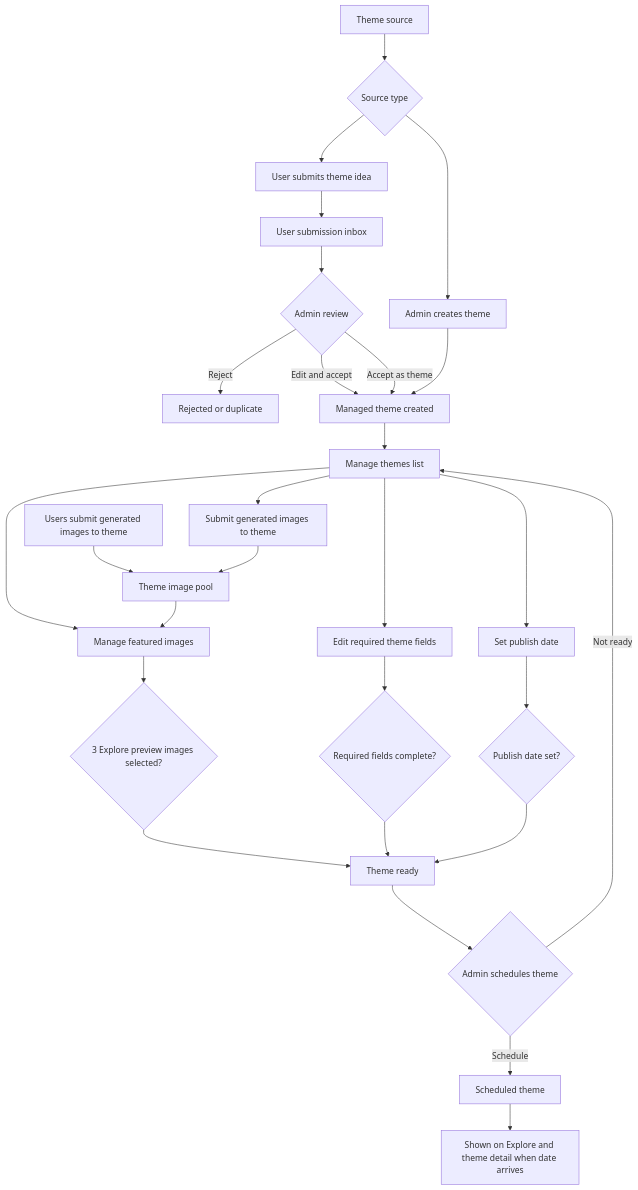
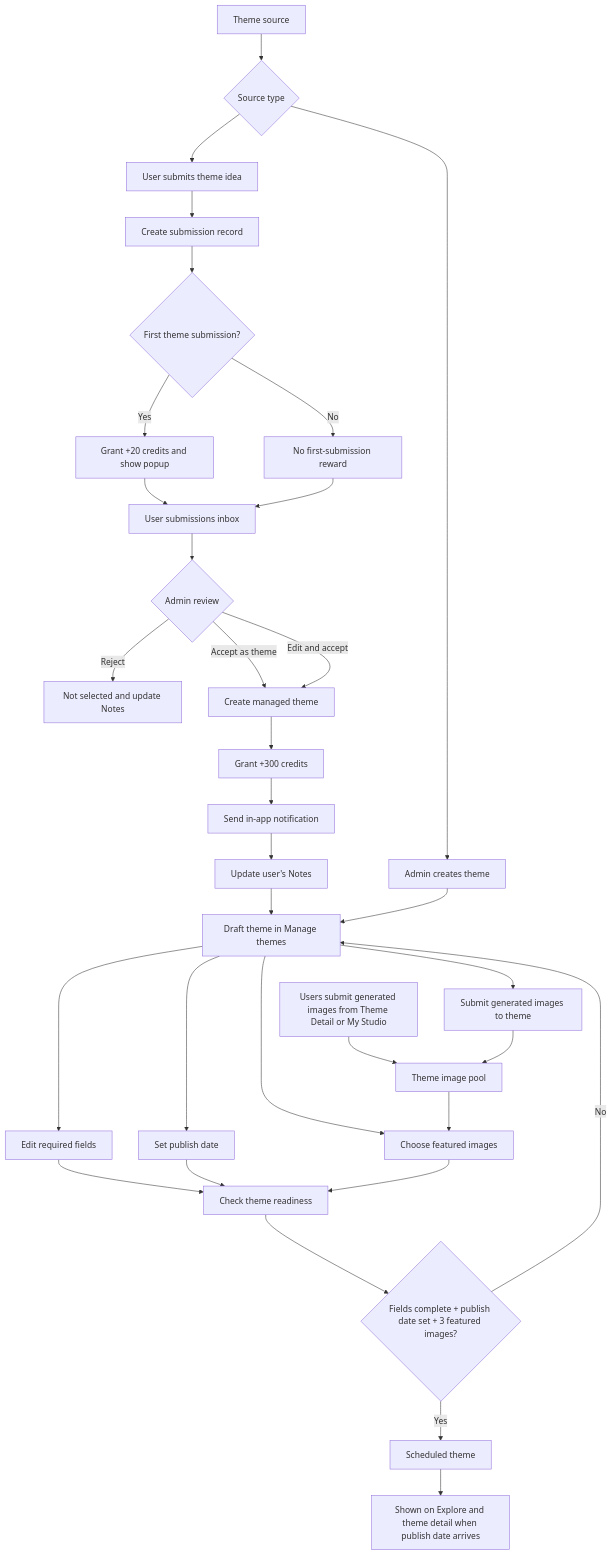
The diagram in docs/theme-submission-management-flow.md (PowerZCY/ai-image-creative), drawn with Mermaid before and after one commit. The commit also changed 3 other files, not shown here.

Commit message:
docs and demo: image generate, submit

````diff
--- a/docs/theme-submission-management-flow.md
+++ b/docs/theme-submission-management-flow.md
@@ -37,39 +37,43 @@
 ```mermaid
 flowchart TD
   A[Theme source] --> B{Source type}
-
   B --> C[User submits theme idea]
   B --> D[Admin creates theme]
 
-  C --> E[User submission inbox]
-  E --> F{Admin review}
-  F -->|Reject| G[Rejected or duplicate]
-  F -->|Edit and accept| H[Managed theme created]
-  F -->|Accept as theme| H
+  C --> E[Create submission record]
+  E --> F{First theme submission?}
+  F -->|Yes| G[Grant +20 credits and show popup]
+  F -->|No| H[No first-submission reward]
+  G --> I[User submissions inbox]
+  H --> I
 
-  D --> H
+  I --> J{Admin review}
+  J -->|Reject| K[Not selected and update Notes]
+  J -->|Accept as theme| L[Create managed theme]
+  J -->|Edit and accept| L
 
-  H --> I[Manage themes list]
-  I --> J[Edit required theme fields]
-  I --> K[Set publish date]
-  I --> L[Submit generated images to theme]
-  I --> M[Manage featured images]
+  L --> M[Grant +300 credits]
+  M --> N[Send in-app notification]
+  N --> O[Update user's Notes]
+  O --> P[Draft theme in Manage themes]
 
-  N[Users submit generated images to theme] --> O[Theme image pool]
-  L --> O
-  O --> M
+  D --> P
 
-  M --> R{3 Explore preview images selected?}
-  J --> S{Required fields complete?}
-  K --> T{Publish date set?}
+  P --> Q[Edit required fields]
+  P --> R[Set publish date]
+  P --> S[Submit generated images to theme]
+  P --> T[Choose featured images]
 
-  R --> U[Theme ready]
-  S --> U
-  T --> U
+  U[Users submit generated images from Theme Detail or My Studio] --> V[Theme image pool]
+  S --> V
+  V --> T
 
-  U --> V{Admin schedules theme}
-  V -->|Not ready| I
-  V -->|Schedule| W[Scheduled theme]
+  Q --> W[Check theme readiness]
+  R --> W
+  T --> W
 
-  W --> X[Shown on Explore and theme detail when date arrives]
+  W --> X{Fields complete + publish date set + 3 featured images?}
+  X -->|No| P
+  X -->|Yes| Y[Scheduled theme]
+  Y --> Z[Shown on Explore and theme detail when publish date arrives]
 ```
````
